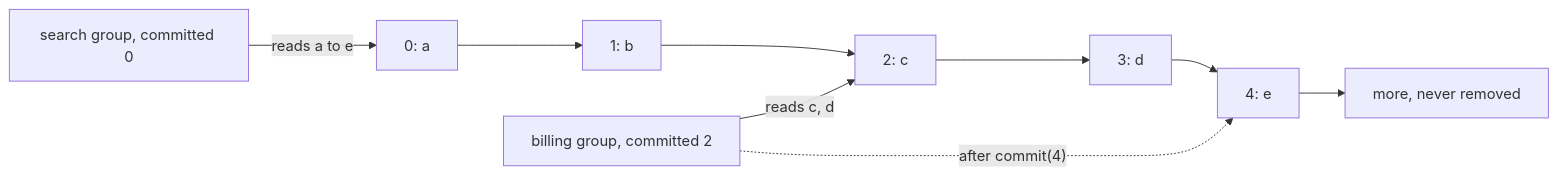
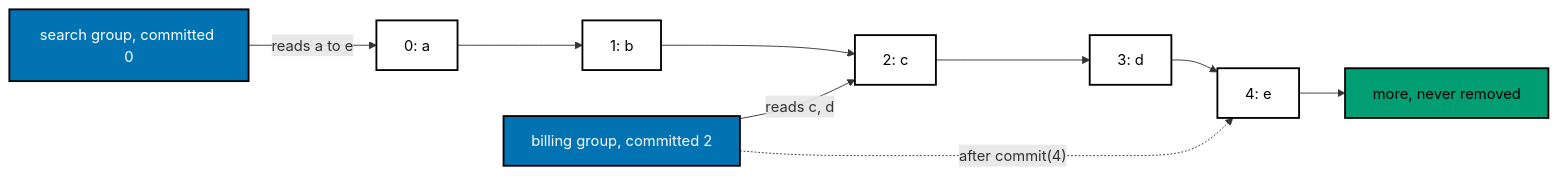
The second of 2 diagrams in drill/system-design-algos/in-python/algo_03_queue_and_append_only_log.md (wahidyankf/grind-in-public), drawn with Mermaid before and after one commit. The commit also changed other lines of this file and 22 other files, not shown here.

First line of the commit message:
docs: use accessible palette in mermaid diagrams

````diff
--- a/drill/system-design-algos/in-python/algo_03_queue_and_append_only_log.md
+++ b/drill/system-design-algos/in-python/algo_03_queue_and_append_only_log.md
@@ -53,13 +59,19 @@
 ```mermaid
 flowchart LR
   accTitle: Append-only log with two groups
   accDescr {
     Records stay in the log from offset 0 on.
     The billing group reads from offset 2 and the search group reads from offset 0,
     each at its own pace.
   }
   R0["0: a"] --> R1["1: b"] --> R2["2: c"] --> R3["3: d"] --> R4["4: e"] --> M["more, never removed"]
   B["billing group, committed 2"] -->|"reads c, d"| R2
   B -.->|"after commit(4)"| R4
   S["search group, committed 0"] -->|"reads a to e"| R0
+  classDef default fill:#FFFFFF,stroke:#000000,color:#000000,stroke-width:2px
+  classDef blue fill:#0173B2,stroke:#000000,color:#FFFFFF,stroke-width:2px
+  classDef orange fill:#DE8F05,stroke:#000000,color:#000000,stroke-width:2px
+  classDef teal fill:#029E73,stroke:#000000,color:#000000,stroke-width:2px
+  class B,S blue
+  class M teal
 ```
````
